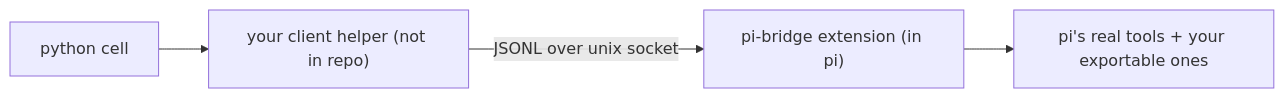
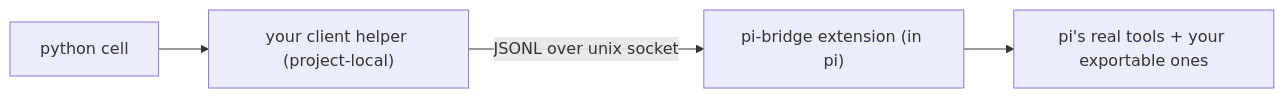
Before and after one commit to k3-2o/pi-bridge: the diagram in README.md, drawn with Mermaid. The commit also changed other lines of this file, not shown here.

Commit message:
README: voice pass — stakes, aside, zero em-dashes; drop not-X-but-Y constructions

````diff
--- a/README.md
+++ b/README.md
@@ -9,6 +16,6 @@
 ```mermaid
 flowchart LR
-    cell["python cell"] --> client["your client helper (not in repo)"]
+    cell["python cell"] --> client["your client helper (project-local)"]
     client -- "JSONL over unix socket" --> server["pi-bridge extension (in pi)"]
     server --> tools["pi's real tools + your exportable ones"]
 ```
````
